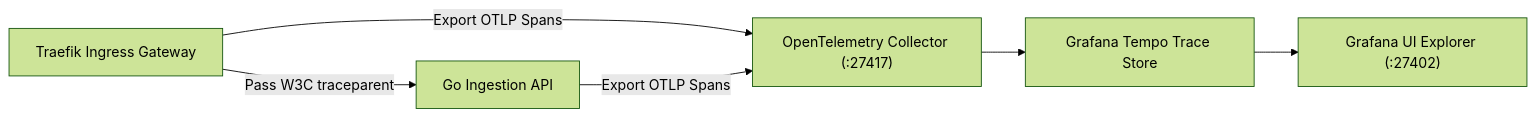
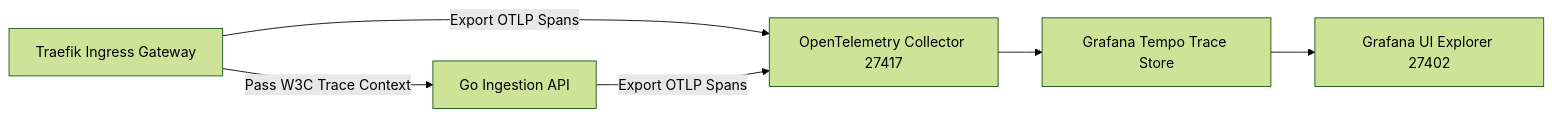
Before and after one commit to Chief-Strategist-J/messaging-pipeline: the fourth of 5 diagrams in README.md, drawn with Mermaid (forest theme). The commit also changed other lines of this file, not shown here.

Commit message:
fix: resolve GitHub Mermaid parser error by removing parens from arrow labels

````diff
--- a/README.md
+++ b/README.md
@@ -112,14 +112,14 @@
 ```mermaid
 flowchart LR
     Traefik["Traefik Ingress Gateway"]
     GoAPI["Go Ingestion API"]
-    OTel["OpenTelemetry Collector (:27417)"]
+    OTel["OpenTelemetry Collector 27417"]
     Tempo["Grafana Tempo Trace Store"]
-    Grafana["Grafana UI Explorer (:27402)"]
+    Grafana["Grafana UI Explorer 27402"]
 
-    Traefik -->|Pass W3C traceparent| GoAPI
+    Traefik -->|Pass W3C Trace Context| GoAPI
     Traefik -->|Export OTLP Spans| OTel
     GoAPI -->|Export OTLP Spans| OTel
     OTel --> Tempo
     Tempo --> Grafana
 ```
````
